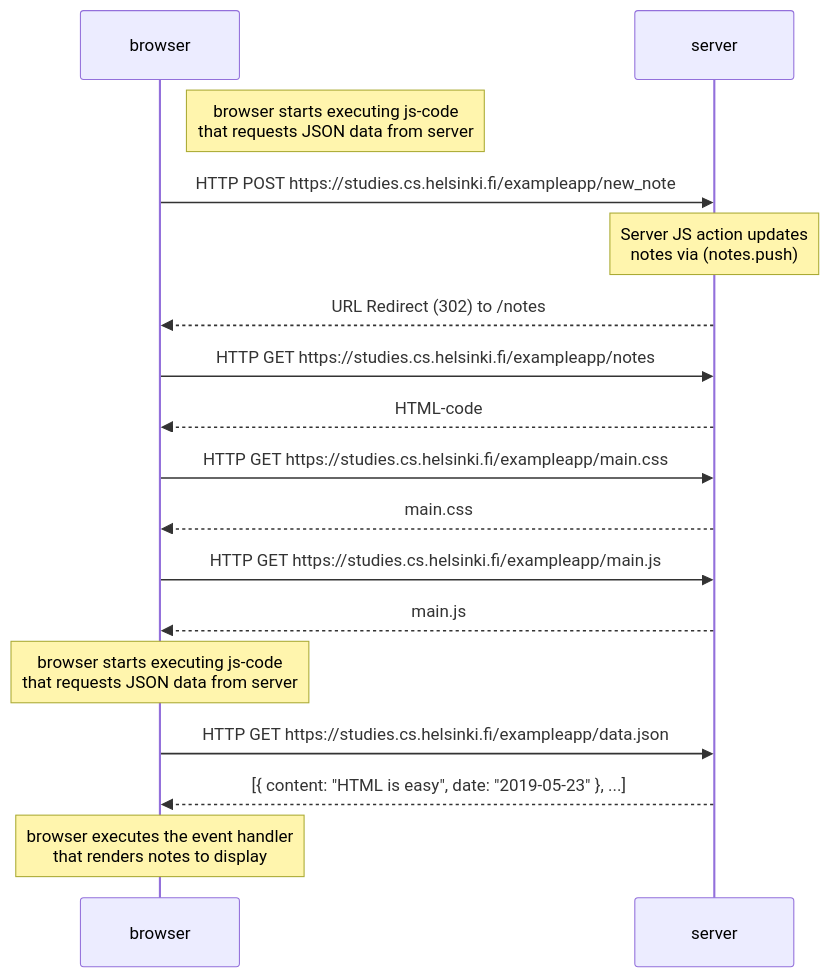
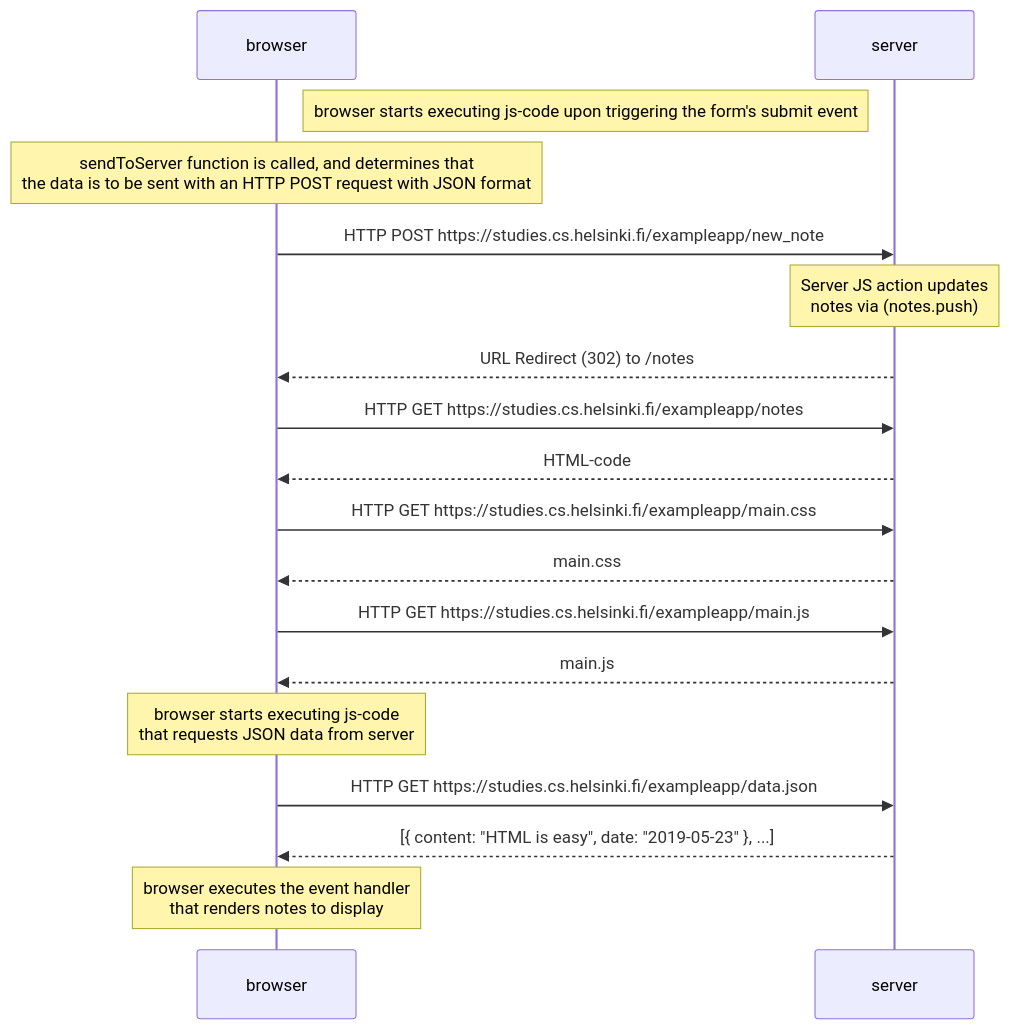
One commit to gurvesh/fullstack_course changed the diagram in part 0/6_SPA_New_Note.md. Above: the diagram before and after it, drawn with Mermaid.

````diff
--- a/part 0/6_SPA_New_Note.md
+++ b/part 0/6_SPA_New_Note.md
@@ -1,20 +1,21 @@
 ```mermaid
 sequenceDiagram
   participant browser
   participant server
   
-  note right of browser: browser starts executing js-code <br> that requests JSON data from server
+  note right of browser: browser starts executing js-code upon triggering the form's submit event
+  note over browser: sendToServer function is called, and determines that <br> the data is to be sent with an HTTP POST request with JSON format
   browser->>server: HTTP POST https://studies.cs.helsinki.fi/exampleapp/new_note
   Note over server: Server JS action updates <br> notes via (notes.push)
   server-->>browser: URL Redirect (302) to /notes
   browser->>server: HTTP GET https://studies.cs.helsinki.fi/exampleapp/notes
   server-->>browser: HTML-code
   browser->>server: HTTP GET https://studies.cs.helsinki.fi/exampleapp/main.css
   server-->>browser: main.css
   browser->>server: HTTP GET https://studies.cs.helsinki.fi/exampleapp/main.js
   server-->>browser: main.js
   note over browser: browser starts executing js-code <br> that requests JSON data from server 
   browser->>server: HTTP GET https://studies.cs.helsinki.fi/exampleapp/data.json
   server-->>browser: [{ content: "HTML is easy", date: "2019-05-23" }, ...]
   note over browser: browser executes the event handler <br> that renders notes to display
 ```
````
